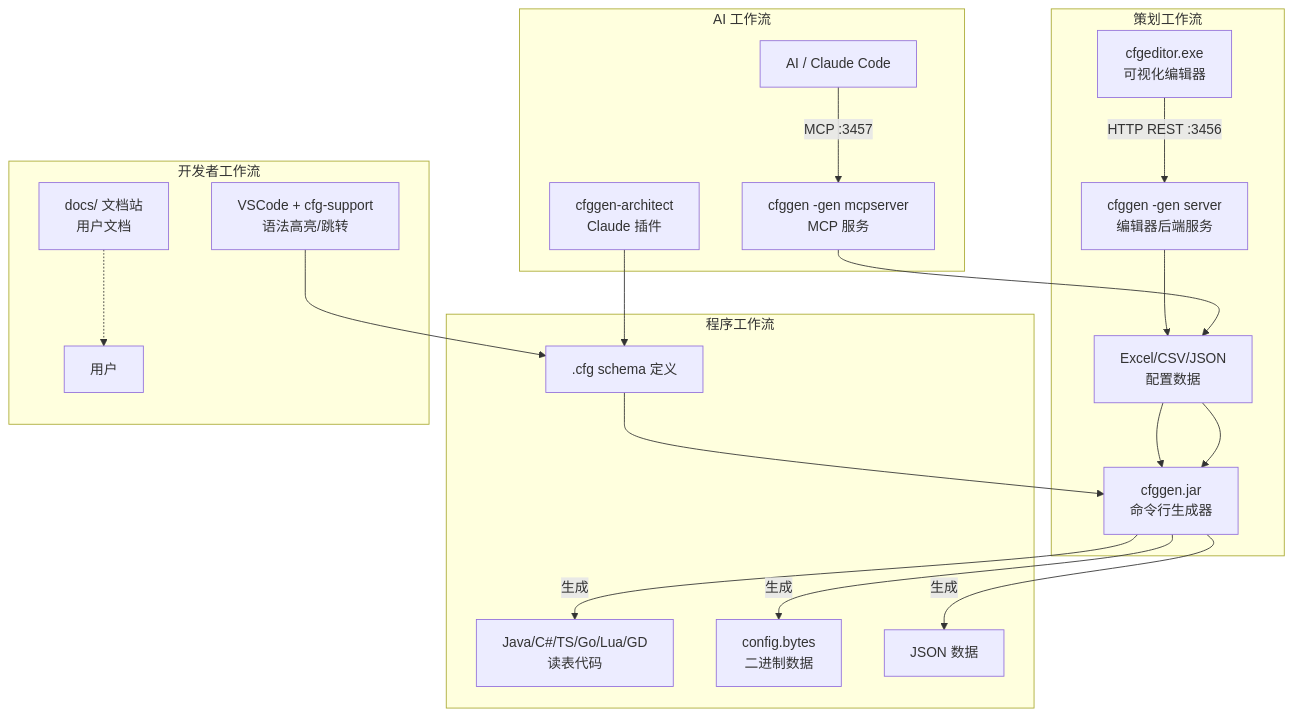
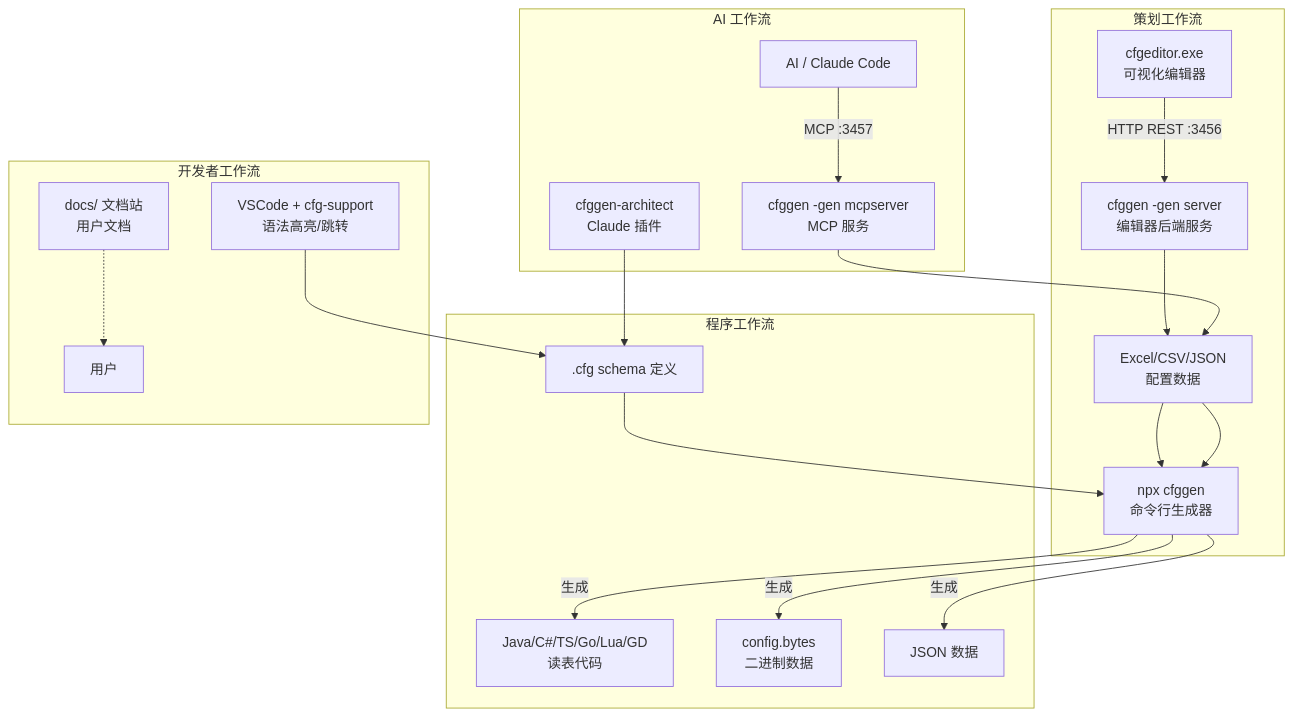
Before and after one commit to zhao-zg/cfgforge: the first of 2 diagrams in PROJECT_OVERVIEW.md, drawn with Mermaid. The commit also changed other lines of this file and 12 other files, not shown here.

First line of the commit message:
docs: update all docs from Java to TypeScript monorepo architecture (T13.3)

````diff
--- a/PROJECT_OVERVIEW.md
+++ b/PROJECT_OVERVIEW.md
@@ -63,28 +63,28 @@
 ```mermaid
 flowchart TB
     subgraph 策划工作流
         EXCEL["Excel/CSV/JSON<br/>配置数据"] --> CFGGEN
         EDITOR["cfgeditor.exe<br/>可视化编辑器"]
         EDITOR -->|"HTTP REST :3456"| SERVER["cfggen -gen server<br/>编辑器后端服务"]
         SERVER --> EXCEL
     end
 
     subgraph 程序工作流
-        CFG[".cfg schema 定义"] --> CFGGEN["cfggen.jar<br/>命令行生成器"]
+        CFG[".cfg schema 定义"] --> CFGGEN["npx cfggen<br/>命令行生成器"]
         EXCEL --> CFGGEN
         CFGGEN -->|"生成"| CODE["Java/C#/TS/Go/Lua/GD<br/>读表代码"]
         CFGGEN -->|"生成"| BYTES["config.bytes<br/>二进制数据"]
         CFGGEN -->|"生成"| JSON_OUT["JSON 数据"]
     end
 
     subgraph AI 工作流
         AI["AI / Claude Code"] -->|"MCP :3457"| MCP["cfggen -gen mcpserver<br/>MCP 服务"]
         MCP --> EXCEL
         CLAUDE_PLUGIN["cfggen-architect<br/>Claude 插件"] --> CFG
     end
 
     subgraph 开发者工作流
         VSCODE["VSCode + cfg-support<br/>语法高亮/跳转"] --> CFG
         DOCS["docs/ 文档站<br/>用户文档"] -.-> USERS["用户"]
     end
 ```
````
